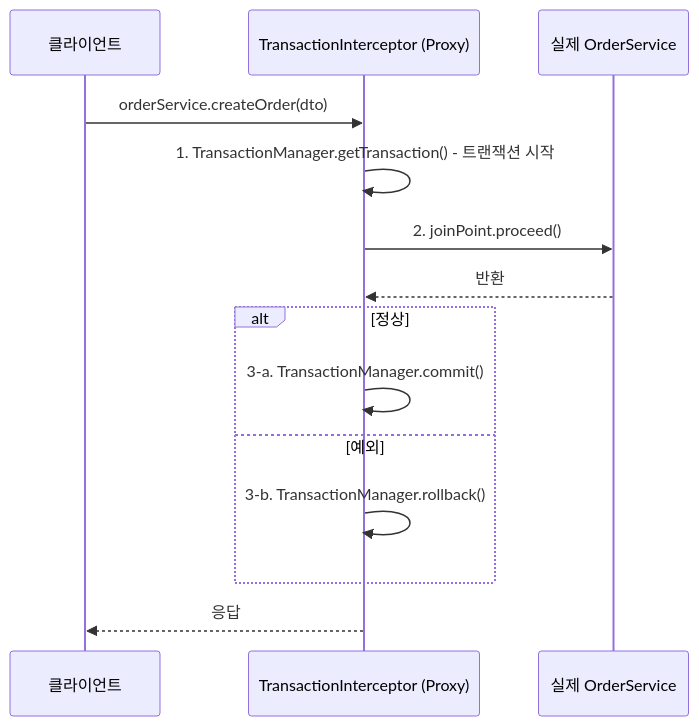
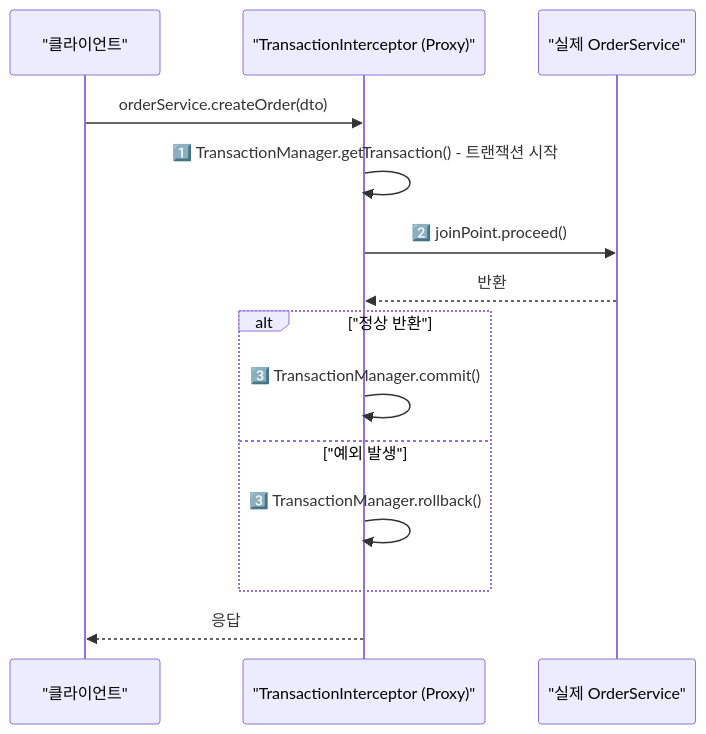
The third of 5 diagrams in _posts/spring/2026-05-01-spring-aop.md (yjkim2015/yjkim2015.github.io), drawn with Mermaid before and after one commit. The commit also changed other lines of this file and 34 other files, not shown here.

First line of the commit message:
Full quality pass: 41 files — ASCII removed, 동작원리 보강, diagrams

```diff
--- a/_posts/spring/2026-05-01-spring-aop.md
+++ b/_posts/spring/2026-05-01-spring-aop.md
@@ -340,17 +346,17 @@
 <div class="mermaid">
 sequenceDiagram
-    participant C as 클라이언트
-    participant P as TransactionInterceptor (Proxy)
-    participant S as 실제 OrderService
+    participant C as "클라이언트"
+    participant P as "TransactionInterceptor (Proxy)"
+    participant S as "실제 OrderService"
 
     C->>P: orderService.createOrder(dto)
-    P->>P: 1. TransactionManager.getTransaction() - 트랜잭션 시작
-    P->>S: 2. joinPoint.proceed()
+    P->>P: 1️⃣ TransactionManager.getTransaction() - 트랜잭션 시작
+    P->>S: 2️⃣ joinPoint.proceed()
     S-->>P: 반환
-    alt 정상
-        P->>P: 3-a. TransactionManager.commit()
-    else 예외
-        P->>P: 3-b. TransactionManager.rollback()
+    alt "정상 반환"
+        P->>P: 3️⃣ TransactionManager.commit()
+    else "예외 발생"
+        P->>P: 3️⃣ TransactionManager.rollback()
     end
     P-->>C: 응답
 </div>
```
